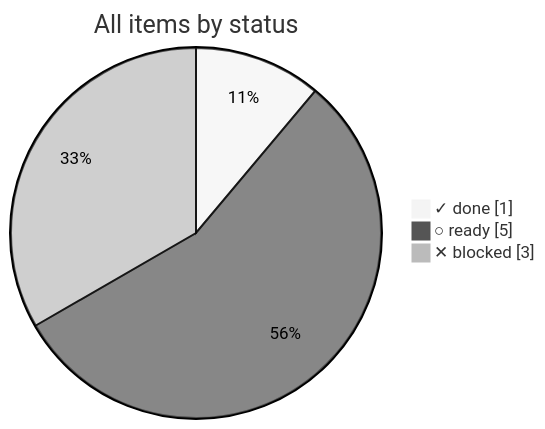
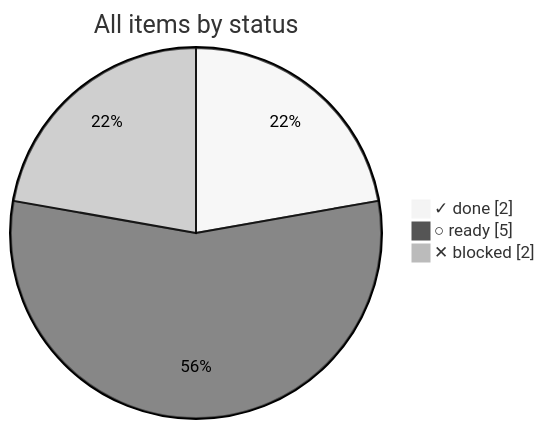
One commit to bvraghav/pmtrack changed the second of 5 diagrams in progress/README.md. Above: the diagram before and after it, drawn with Mermaid (neutral theme). The commit also changed other lines of this file and 5 other files, not shown here.

````diff
--- a/progress/README.md
+++ b/progress/README.md
@@ -20,6 +20,6 @@
 ```mermaid
 pie showData title All items by status
-  "✓ done" : 1
+  "✓ done" : 2
   "○ ready" : 5
-  "✕ blocked" : 3
+  "✕ blocked" : 2
 ```
````
